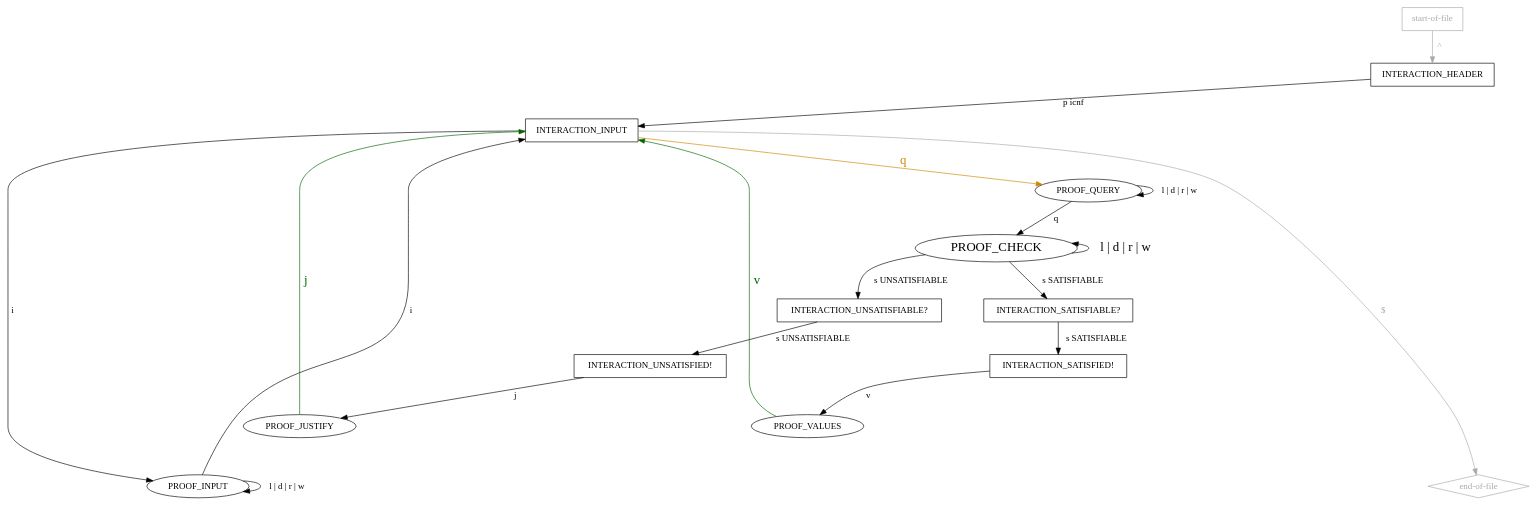
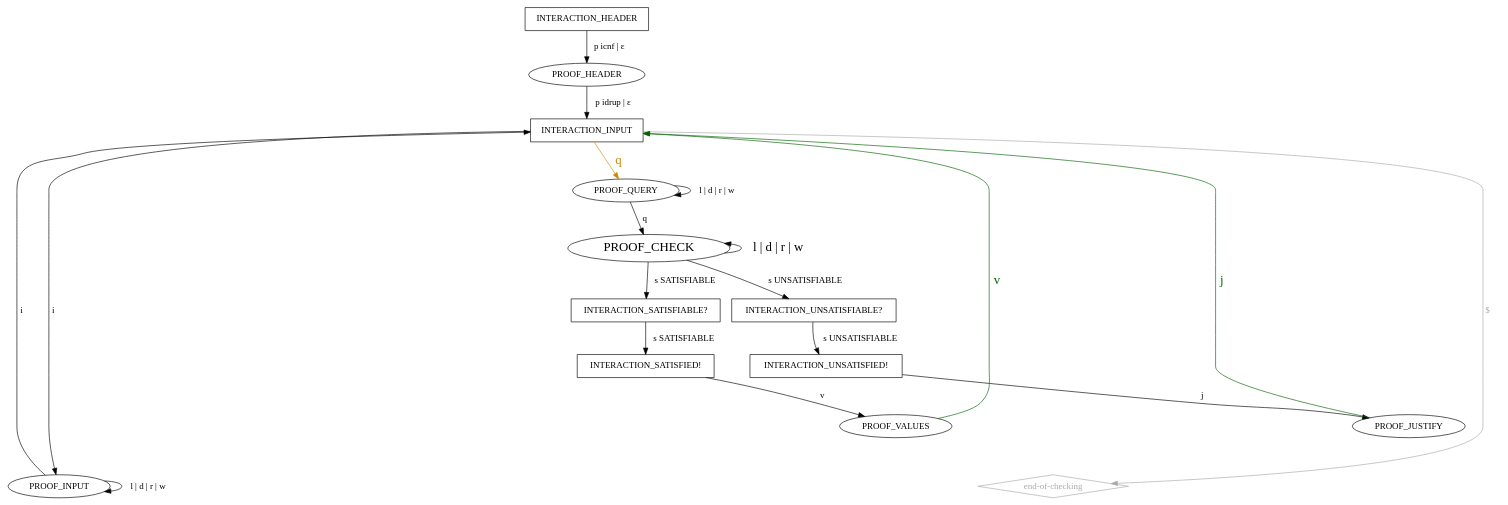
One commit to arminbiere/lidrup-check changed the diagram in idrup-check-pedantic.dot. Above: the diagram before and after it, drawn with Graphviz. The commit also changed 3 other files, not shown here.

```diff
--- a/idrup-check-pedantic.dot
+++ b/idrup-check-pedantic.dot
@@ -1,74 +1,66 @@
 digraph "idrup-check" {
 
-  "start-of-file" [shape=box,color=darkgray,fontcolor=darkgray];
-  "start-of-file" -> INTERACTION_HEADER [label=" ^ ",weight=2,color=darkgray,fontcolor=darkgray];
+  INTERACTION_HEADER [shape=box];
+  INTERACTION_HEADER -> PROOF_HEADER [label=" p icnf | ε "];
+  PROOF_HEADER -> INTERACTION_INPUT [label=" p idrup | ε "];
 
-  "end-of-file" [shape=diamond,color=darkgray,fontcolor=darkgray];
-
-  // INTERACTION_HEADER -> "end-of-file";
-  // INTERACTION_INPUT -> "end-of-file";
-   "end-of-file" -> INTERACTION_HEADER [label="$    ",dir=back,color=darkgray,style=invis];
-   "end-of-file" -> INTERACTION_INPUT [label="$    ",dir=back,color=darkgray,fontcolor=darkgray];
-
-  INTERACTION_HEADER [shape=box];
-  INTERACTION_HEADER -> PROOF_INPUT [label=" i ",style=invis];
-  INTERACTION_HEADER -> PROOF_QUERY [label=" q ",color=invis,fontsize=20,fontcolor=invis];
-  INTERACTION_HEADER -> INTERACTION_INPUT [label=" p icnf ",weight=2];
+  "end-of-checking" [shape=diamond,color=darkgray,fontcolor=darkgray];
+  "end-of-checking" -> INTERACTION_INPUT [label="$    ",dir=back,color=darkgray,fontcolor=darkgray];
 
   INTERACTION_INPUT [shape=box];
-  INTERACTION_INPUT -> PROOF_INPUT [label=" i ",weight=2];
-  INTERACTION_INPUT -> PROOF_QUERY [label=" q ",weight=2,color=orange3,fontsize=20,fontcolor=orange3];
+  INTERACTION_INPUT -> PROOF_INPUT [label=" i "];
+  INTERACTION_INPUT -> PROOF_QUERY [label=" q ",color=orange3,fontsize=20,fontcolor=orange3];
 
   PROOF_INPUT -> INTERACTION_INPUT [label=" i "];
   PROOF_INPUT -> PROOF_INPUT [label=" l | d | r | w "];
 
   PROOF_QUERY -> PROOF_CHECK [label=" q "];
   PROOF_QUERY -> PROOF_QUERY [label=" l | d | r | w "];
 
   PROOF_CHECK [fontsize=20];
   PROOF_CHECK -> PROOF_CHECK [label=" l | d | r | w ",dir=back,fontsize=20];
   PROOF_CHECK -> INTERACTION_SATISFIABLE [label=" s SATISFIABLE "];
   PROOF_CHECK -> INTERACTION_UNSATISFIABLE [label=" s UNSATISFIABLE "];
 
   INTERACTION_UNSATISFIABLE [shape="box",label="INTERACTION_UNSATISFIABLE?"];
   INTERACTION_UNSATISFIABLE -> INTERACTION_UNSATISFIED [label=" s UNSATISFIABLE "];
 
   INTERACTION_SATISFIABLE [shape="box",label="INTERACTION_SATISFIABLE?"];
   INTERACTION_SATISFIABLE -> INTERACTION_SATISFIED [label=" s SATISFIABLE "];
 
   INTERACTION_SATISFIED [shape=box,label="INTERACTION_SATISFIED!"];
   INTERACTION_SATISFIED -> PROOF_VALUES [label=" v "];
   INTERACTION_SATISFIED -> PROOF_INPUT_OR_VALUES [label=" i ",color=invis,fontcolor=invis];
   INTERACTION_SATISFIED -> PROOF_QUERY_OR_VALUES [label=" q ", color=invis,fontsize=20,fontcolor=invis];
   INTERACTION_SATISFIED -> PROOF_VALUES_AND_END [label=" $ ",color=invis,fontcolor=invis];
 
   INTERACTION_UNSATISFIED [shape=box,label="INTERACTION_UNSATISFIED!"];
   INTERACTION_UNSATISFIED -> PROOF_JUSTIFY [label=" j "];
   INTERACTION_UNSATISFIED -> PROOF_INPUT_OR_JUSTIFY [label=" i ",color=invis,fontcolor=invis];
   INTERACTION_UNSATISFIED -> PROOF_QUERY_OR_JUSTIFY [label=" q ",color=invis,fontsize=20,fontcolor=invis];
   INTERACTION_UNSATISFIED -> PROOF_JUSTIFY_AND_END [label=" $ ",color=invis,fontcolor=invis];
 
   PROOF_VALUES_AND_END [color=invis,fontcolor=invis]
-  PROOF_VALUES_AND_END -> "end-of-file" [label=" v ",color=invis,fontsize=20,fontcolor=invis];
+  PROOF_VALUES_AND_END -> "end-of-checking" [label=" v ",color=invis,fontsize=20,fontcolor=invis];
   PROOF_JUSTIFY_AND_END [color=invis,fontcolor=invis]
-  PROOF_JUSTIFY_AND_END -> "end-of-file" [label=" j ",color=invis,fontsize=20,fontcolor=invis];
+  PROOF_JUSTIFY_AND_END -> "end-of-checking" [label=" j ",color=invis,fontsize=20,fontcolor=invis];
 
   PROOF_VALUES -> INTERACTION_INPUT [label=" v ",color=darkgreen,fontsize=20,fontcolor=darkgreen];
   PROOF_JUSTIFY -> INTERACTION_INPUT [label=" j ",color=darkgreen,fontsize=20,fontcolor=darkgreen];
 
   PROOF_INPUT_OR_VALUES [color=invis,fontcolor=invis];
   PROOF_INPUT_OR_VALUES -> INTERACTION_INPUT [label=" i ",color=invis,fontcolor=invis];
   PROOF_INPUT_OR_VALUES -> PROOF_INPUT [label=" v ", color=invis,fontcolor=invis,fontsize=20];
 
   PROOF_QUERY_OR_VALUES [color=invis,fontcolor=invis];
   PROOF_QUERY_OR_VALUES -> PROOF_QUERY [label=" v ",color=invis,fontcolor=invis,fontsize=20];
   PROOF_QUERY_OR_VALUES -> PROOF_CHECK [label=" q ",color=invis,fontcolor=invis];
 
   PROOF_QUERY_OR_JUSTIFY [color=invis,fontcolor=invis];
   PROOF_QUERY_OR_JUSTIFY -> PROOF_QUERY [label=" j ",color=invis,fontcolor=invis,fontsize=20];
   PROOF_QUERY_OR_JUSTIFY -> PROOF_CHECK [label=" q ",color=invis,fontcolor=invis];
 
   PROOF_INPUT_OR_JUSTIFY [color=invis,fontcolor=invis];
   PROOF_INPUT_OR_JUSTIFY -> PROOF_INPUT [label=" j ",color=invis,fontcolor=invis,fontsize=20];
   PROOF_INPUT_OR_JUSTIFY -> INTERACTION_INPUT [label=" i ",color=invis,fontcolor=invis];
 }
```
